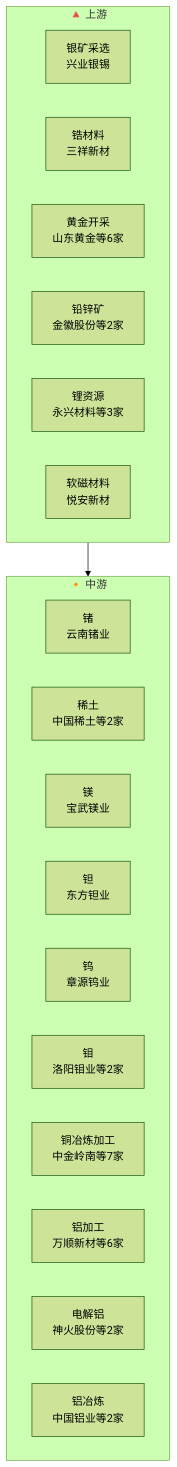
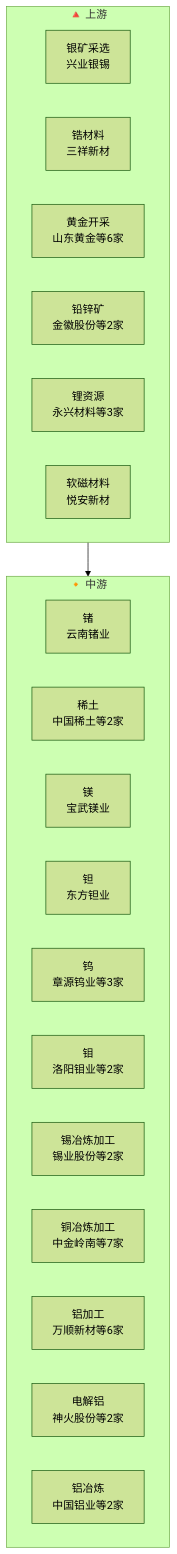
One commit to zhangbo1882/open-industry changed the diagram in industry/wiki/industries/有色金属产业链.md. Above: the diagram before and after it, drawn with Mermaid (forest theme). The commit also changed other lines of this file and 108 other files, not shown here.

````diff
--- a/industry/wiki/industries/有色金属产业链.md
+++ b/industry/wiki/industries/有色金属产业链.md
@@ -17,25 +17,26 @@
 ```mermaid
 flowchart TB
     subgraph upstream["🔺 上游"]
         银矿采选["银矿采选<br/>兴业银锡"]
         锆材料["锆材料<br/>三祥新材"]
         黄金开采["黄金开采<br/>山东黄金等6家"]
         铅锌矿["铅锌矿<br/>金徽股份等2家"]
         锂资源["锂资源<br/>永兴材料等3家"]
         软磁材料["软磁材料<br/>云路股份"]
         软磁材料["软磁材料<br/>悦安新材"]
     end
     subgraph midstream["🔸 中游"]
         锗["锗<br/>云南锗业"]
         稀土["稀土<br/>中国稀土等2家"]
         镁["镁<br/>宝武镁业"]
         钽["钽<br/>东方钽业"]
-        钨["钨<br/>章源钨业"]
+        钨["钨<br/>章源钨业等3家"]
         钼["钼<br/>洛阳钼业等2家"]
+        锡冶炼加工["锡冶炼加工<br/>锡业股份等2家"]
         铜冶炼加工["铜冶炼加工<br/>中金岭南等7家"]
         铝加工["铝加工<br/>万顺新材等6家"]
         电解铝["电解铝<br/>神火股份等2家"]
         铝冶炼["铝冶炼<br/>中国铝业等2家"]
     end
     upstream --> midstream
 ```
````
